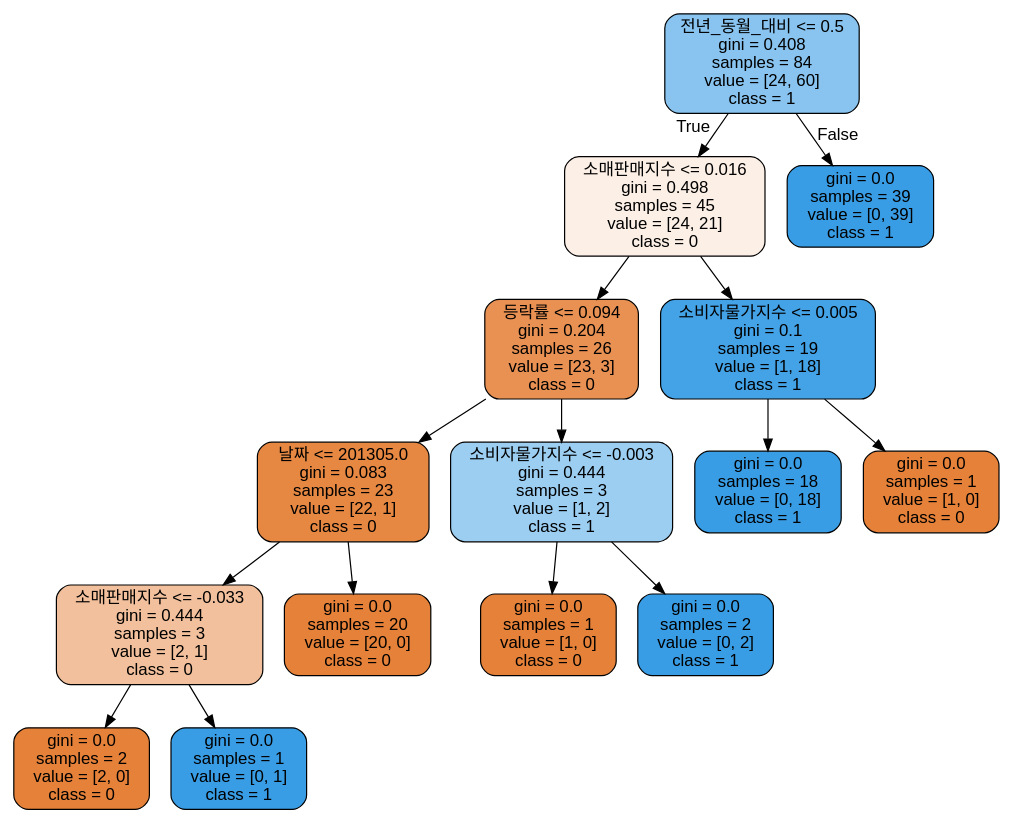
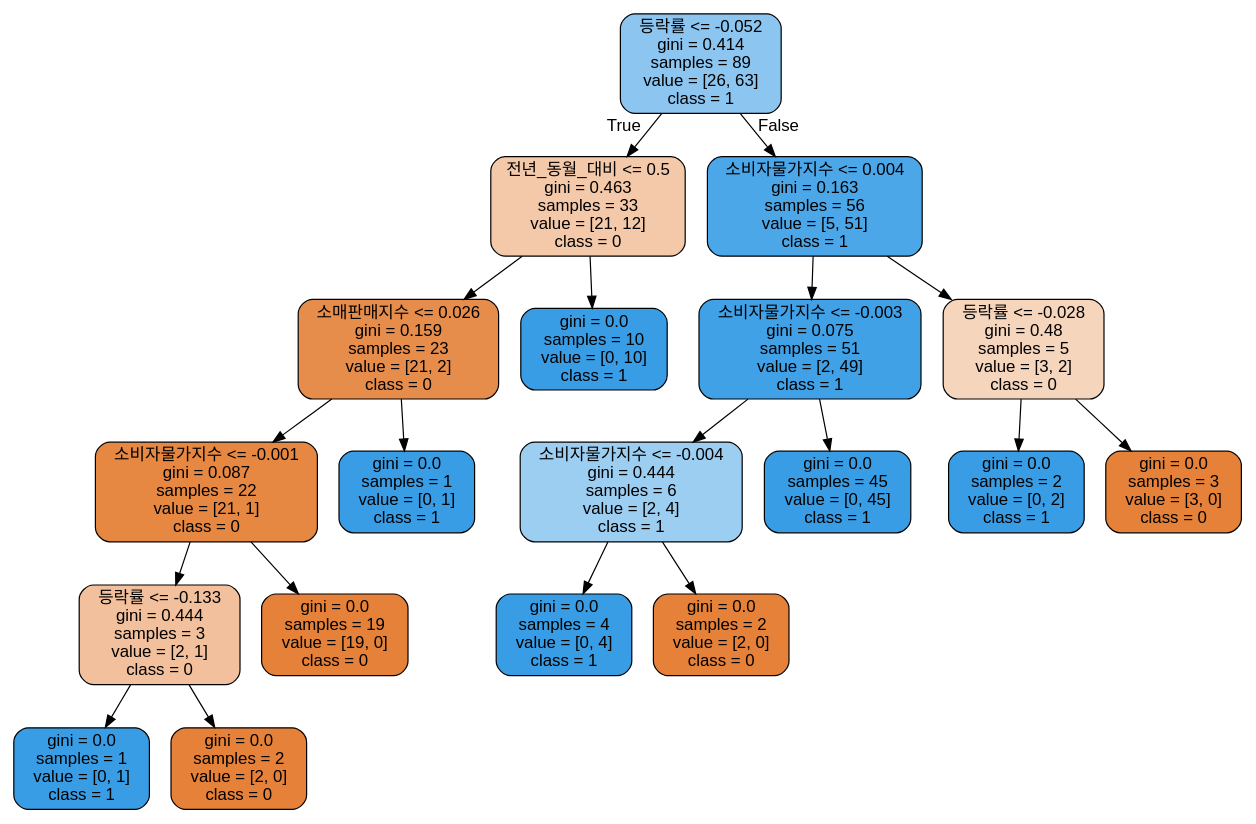
The diagram in tree_corona.dot (jkim0313/project1_dajopay), drawn with Graphviz before and after one commit. The commit also changed 2 other files, not shown here.

```diff
--- a/tree_corona.dot
+++ b/tree_corona.dot
@@ -1,33 +1,41 @@
 digraph Tree {
 node [shape=box, style="filled, rounded", color="black", fontname="helvetica"] ;
 edge [fontname="helvetica"] ;
-0 [label="전년_동월_대비 <= 0.5\ngini = 0.408\nsamples = 84\nvalue = [24, 60]\nclass = 1", fillcolor="#88c4ef"] ;
-1 [label="소매판매지수 <= 0.016\ngini = 0.498\nsamples = 45\nvalue = [24, 21]\nclass = 0", fillcolor="#fcefe6"] ;
+0 [label="등락률 <= -0.052\ngini = 0.414\nsamples = 89\nvalue = [26, 63]\nclass = 1", fillcolor="#8bc5f0"] ;
+1 [label="전년_동월_대비 <= 0.5\ngini = 0.463\nsamples = 33\nvalue = [21, 12]\nclass = 0", fillcolor="#f4c9aa"] ;
 0 -> 1 [labeldistance=2.5, labelangle=45, headlabel="True"] ;
-2 [label="등락률 <= 0.094\ngini = 0.204\nsamples = 26\nvalue = [23, 3]\nclass = 0", fillcolor="#e89153"] ;
+2 [label="소매판매지수 <= 0.026\ngini = 0.159\nsamples = 23\nvalue = [21, 2]\nclass = 0", fillcolor="#e78d4c"] ;
 1 -> 2 ;
-3 [label="날짜 <= 201305.0\ngini = 0.083\nsamples = 23\nvalue = [22, 1]\nclass = 0", fillcolor="#e68742"] ;
+3 [label="소비자물가지수 <= -0.001\ngini = 0.087\nsamples = 22\nvalue = [21, 1]\nclass = 0", fillcolor="#e68742"] ;
 2 -> 3 ;
-4 [label="소매판매지수 <= -0.033\ngini = 0.444\nsamples = 3\nvalue = [2, 1]\nclass = 0", fillcolor="#f2c09c"] ;
+4 [label="등락률 <= -0.133\ngini = 0.444\nsamples = 3\nvalue = [2, 1]\nclass = 0", fillcolor="#f2c09c"] ;
 3 -> 4 ;
-5 [label="gini = 0.0\nsamples = 2\nvalue = [2, 0]\nclass = 0", fillcolor="#e58139"] ;
+5 [label="gini = 0.0\nsamples = 1\nvalue = [0, 1]\nclass = 1", fillcolor="#399de5"] ;
 4 -> 5 ;
-6 [label="gini = 0.0\nsamples = 1\nvalue = [0, 1]\nclass = 1", fillcolor="#399de5"] ;
+6 [label="gini = 0.0\nsamples = 2\nvalue = [2, 0]\nclass = 0", fillcolor="#e58139"] ;
 4 -> 6 ;
-7 [label="gini = 0.0\nsamples = 20\nvalue = [20, 0]\nclass = 0", fillcolor="#e58139"] ;
+7 [label="gini = 0.0\nsamples = 19\nvalue = [19, 0]\nclass = 0", fillcolor="#e58139"] ;
 3 -> 7 ;
-8 [label="소비자물가지수 <= -0.003\ngini = 0.444\nsamples = 3\nvalue = [1, 2]\nclass = 1", fillcolor="#9ccef2"] ;
+8 [label="gini = 0.0\nsamples = 1\nvalue = [0, 1]\nclass = 1", fillcolor="#399de5"] ;
 2 -> 8 ;
-9 [label="gini = 0.0\nsamples = 1\nvalue = [1, 0]\nclass = 0", fillcolor="#e58139"] ;
-8 -> 9 ;
-10 [label="gini = 0.0\nsamples = 2\nvalue = [0, 2]\nclass = 1", fillcolor="#399de5"] ;
-8 -> 10 ;
-11 [label="소비자물가지수 <= 0.005\ngini = 0.1\nsamples = 19\nvalue = [1, 18]\nclass = 1", fillcolor="#44a2e6"] ;
-1 -> 11 ;
-12 [label="gini = 0.0\nsamples = 18\nvalue = [0, 18]\nclass = 1", fillcolor="#399de5"] ;
+9 [label="gini = 0.0\nsamples = 10\nvalue = [0, 10]\nclass = 1", fillcolor="#399de5"] ;
+1 -> 9 ;
+10 [label="소비자물가지수 <= 0.004\ngini = 0.163\nsamples = 56\nvalue = [5, 51]\nclass = 1", fillcolor="#4ca7e8"] ;
+0 -> 10 [labeldistance=2.5, labelangle=-45, headlabel="False"] ;
+11 [label="소비자물가지수 <= -0.003\ngini = 0.075\nsamples = 51\nvalue = [2, 49]\nclass = 1", fillcolor="#41a1e6"] ;
+10 -> 11 ;
+12 [label="소비자물가지수 <= -0.004\ngini = 0.444\nsamples = 6\nvalue = [2, 4]\nclass = 1", fillcolor="#9ccef2"] ;
 11 -> 12 ;
-13 [label="gini = 0.0\nsamples = 1\nvalue = [1, 0]\nclass = 0", fillcolor="#e58139"] ;
-11 -> 13 ;
-14 [label="gini = 0.0\nsamples = 39\nvalue = [0, 39]\nclass = 1", fillcolor="#399de5"] ;
-0 -> 14 [labeldistance=2.5, labelangle=-45, headlabel="False"] ;
+13 [label="gini = 0.0\nsamples = 4\nvalue = [0, 4]\nclass = 1", fillcolor="#399de5"] ;
+12 -> 13 ;
+14 [label="gini = 0.0\nsamples = 2\nvalue = [2, 0]\nclass = 0", fillcolor="#e58139"] ;
+12 -> 14 ;
+15 [label="gini = 0.0\nsamples = 45\nvalue = [0, 45]\nclass = 1", fillcolor="#399de5"] ;
+11 -> 15 ;
+16 [label="등락률 <= -0.028\ngini = 0.48\nsamples = 5\nvalue = [3, 2]\nclass = 0", fillcolor="#f6d5bd"] ;
+10 -> 16 ;
+17 [label="gini = 0.0\nsamples = 2\nvalue = [0, 2]\nclass = 1", fillcolor="#399de5"] ;
+16 -> 17 ;
+18 [label="gini = 0.0\nsamples = 3\nvalue = [3, 0]\nclass = 0", fillcolor="#e58139"] ;
+16 -> 18 ;
 }
```
